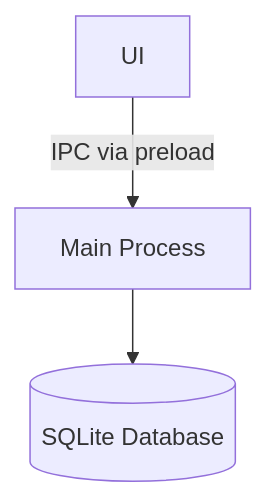
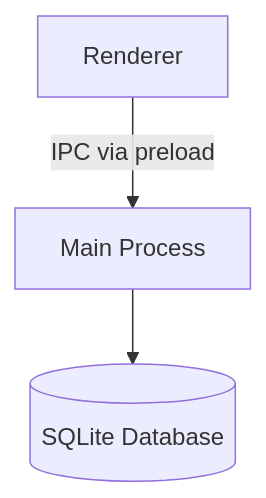
The diagram in README.md (MZO26/MDEditor), drawn with Mermaid before and after one commit. The commit also changed other lines of this file and 6 other files, not shown here.

````diff
--- a/README.md
+++ b/README.md
@@ -127,5 +152,5 @@
 ```mermaid
 flowchart TD
-    A[UI] -- IPC via preload --> B[Main Process]
+    A[Renderer] -- IPC via preload --> B[Main Process]
     B --> C[(SQLite Database)]
 ```
````
